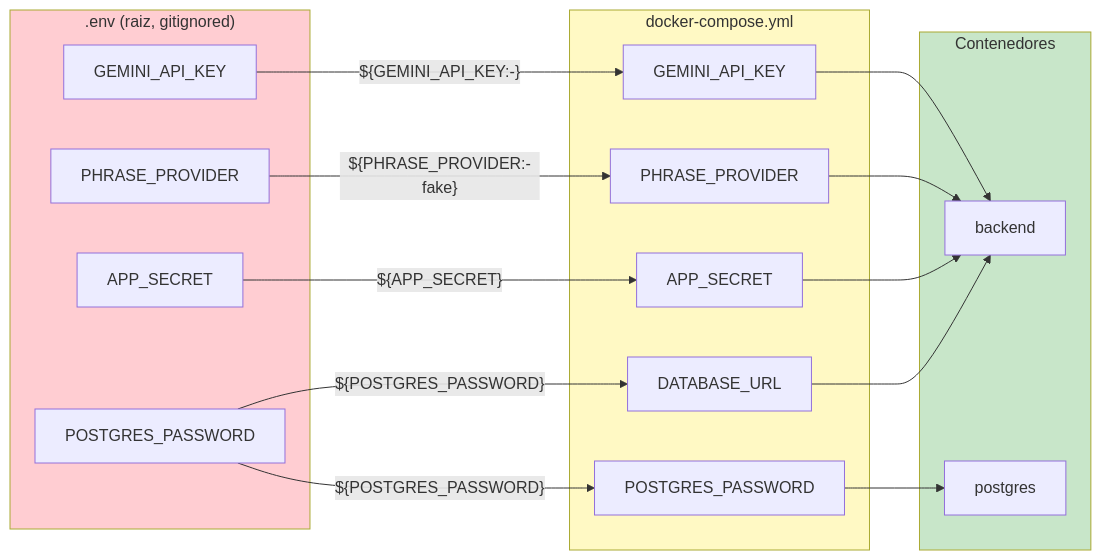
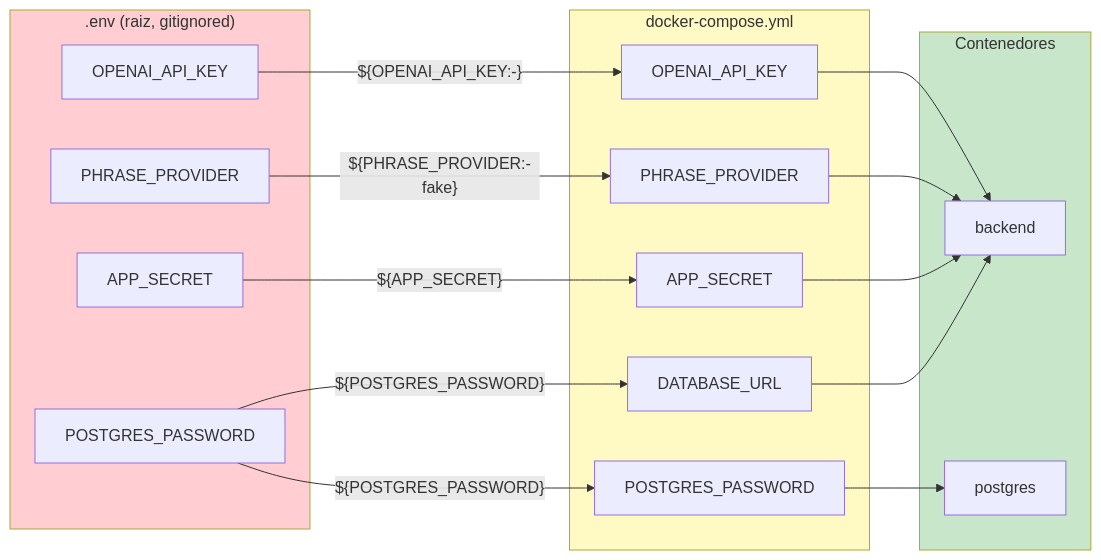
The sixth of 6 diagrams in docs/diagrams/docker-infrastructure.md (luismiglezmohino/HablaIA), drawn with Mermaid before and after one commit. The commit also changed 7 other files, not shown here.

First line of the commit message:
docs: actualizar slides, backend README y diagramas con ADR-015

````diff
--- a/docs/diagrams/docker-infrastructure.md
+++ b/docs/diagrams/docker-infrastructure.md
@@ -193,29 +193,29 @@
 ```mermaid
 flowchart LR
     subgraph EnvFile[".env (raiz, gitignored)"]
         PG_PASS["POSTGRES_PASSWORD"]
         APP_SEC["APP_SECRET"]
         PROVIDER["PHRASE_PROVIDER"]
-        GEMINI_KEY["GEMINI_API_KEY"]
+        OPENAI_KEY["OPENAI_API_KEY"]
     end
 
     subgraph DockerCompose["docker-compose.yml"]
         PG_PASS -->|"${POSTGRES_PASSWORD}"| BackendEnv["DATABASE_URL"]
         PG_PASS -->|"${POSTGRES_PASSWORD}"| PGEnv["POSTGRES_PASSWORD"]
         APP_SEC -->|"${APP_SECRET}"| AppEnv["APP_SECRET"]
         PROVIDER -->|"${PHRASE_PROVIDER:-fake}"| ProvEnv["PHRASE_PROVIDER"]
-        GEMINI_KEY -->|"${GEMINI_API_KEY:-}"| GemEnv["GEMINI_API_KEY"]
+        OPENAI_KEY -->|"${OPENAI_API_KEY:-}"| OAIEnv["OPENAI_API_KEY"]
     end
 
     subgraph Contenedores
         BackendEnv --> Backend["backend"]
         AppEnv --> Backend
         ProvEnv --> Backend
-        GemEnv --> Backend
+        OAIEnv --> Backend
         PGEnv --> Postgres["postgres"]
     end
 
     style EnvFile fill:#ffcdd2
     style DockerCompose fill:#fff9c4
     style Contenedores fill:#c8e6c9
 ```
````
